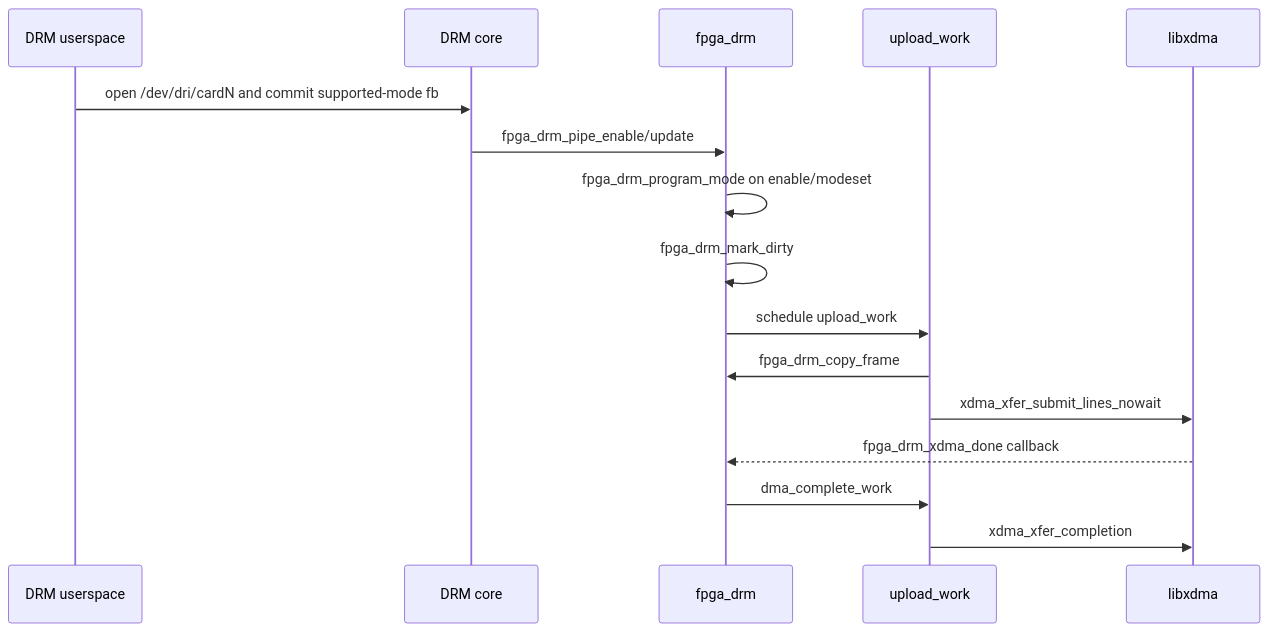
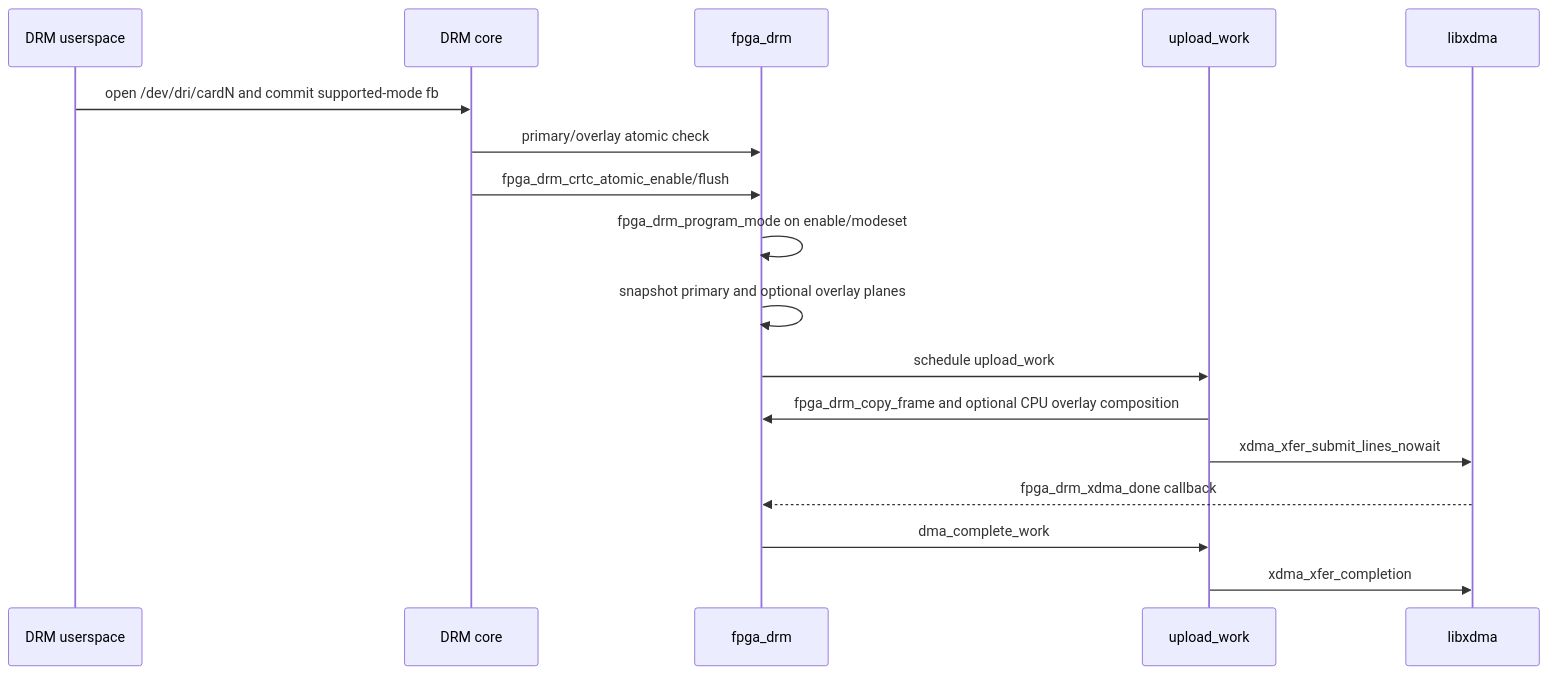
The diagram in doc/Linux_DRM_Driver_AI_GEN_documents/driver_lifecycle.md (alpkoyun/Simple-Display-Controller), drawn with Mermaid before and after one commit. The commit also changed 15 other files, not shown here.

Commit message:
changed the kms mechanism to have plane crtc etc different object insteaf of simple pipe

````diff
--- a/doc/Linux_DRM_Driver_AI_GEN_documents/driver_lifecycle.md
+++ b/doc/Linux_DRM_Driver_AI_GEN_documents/driver_lifecycle.md
@@ -43,18 +43,19 @@
 ```mermaid
 sequenceDiagram
     participant App as DRM userspace
     participant Core as DRM core
     participant Driver as fpga_drm
     participant WQ as upload_work
     participant XDMA as libxdma
     App->>Core: open /dev/dri/cardN and commit supported-mode fb
-    Core->>Driver: fpga_drm_pipe_enable/update
+    Core->>Driver: primary/overlay atomic check
+    Core->>Driver: fpga_drm_crtc_atomic_enable/flush
     Driver->>Driver: fpga_drm_program_mode on enable/modeset
-    Driver->>Driver: fpga_drm_mark_dirty
+    Driver->>Driver: snapshot primary and optional overlay planes
     Driver->>WQ: schedule upload_work
-    WQ->>Driver: fpga_drm_copy_frame
+    WQ->>Driver: fpga_drm_copy_frame and optional CPU overlay composition
     WQ->>XDMA: xdma_xfer_submit_lines_nowait
     XDMA-->>Driver: fpga_drm_xdma_done callback
     Driver->>WQ: dma_complete_work
     WQ->>XDMA: xdma_xfer_completion
 ```
````
